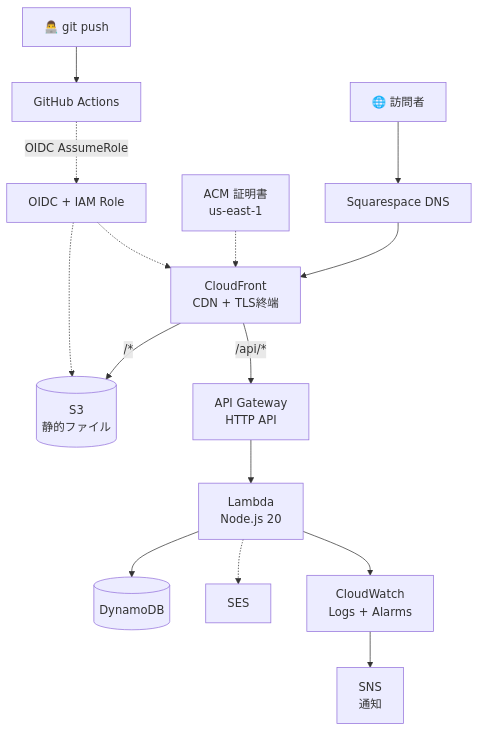
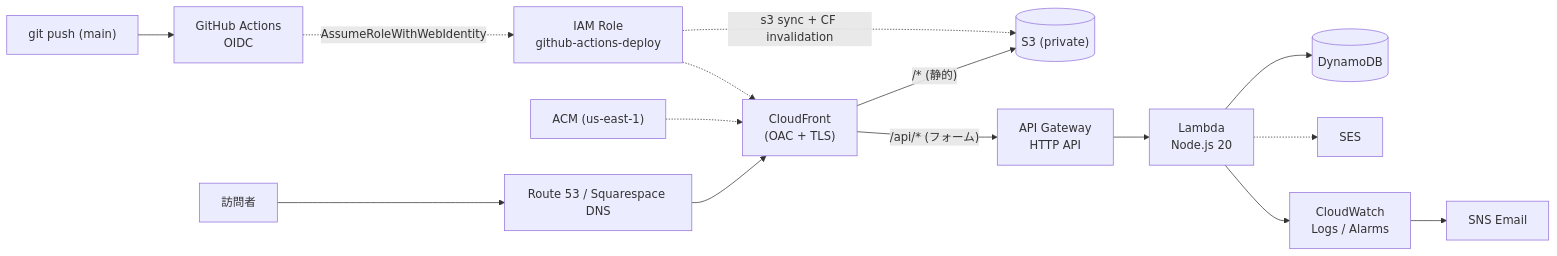
One commit to iigtn/iigtn-platform changed the diagram in README.md. Above: the diagram before and after it, drawn with Mermaid. The commit also changed other lines of this file, not shown here.

````diff
--- a/README.md
+++ b/README.md
@@ -30,34 +41,30 @@
 ```mermaid
-flowchart TD
-    User["🌐 訪問者"]
-    DNS["Squarespace DNS"]
-    ACM["ACM 証明書<br/>us-east-1"]
-    CF["CloudFront<br/>CDN + TLS終端"]
-    S3[("S3<br/>静的ファイル")]
+flowchart LR
+    User["訪問者"]
+    DNS["Route 53 / Squarespace DNS"]
+    ACM["ACM (us-east-1)"]
+    CF["CloudFront<br/>(OAC + TLS)"]
+    S3[("S3 (private)")]
     APIGW["API Gateway<br/>HTTP API"]
     Lambda["Lambda<br/>Node.js 20"]
     DDB[("DynamoDB")]
     SES["SES"]
-    CW["CloudWatch<br/>Logs + Alarms"]
-    SNS["SNS<br/>通知"]
+    CW["CloudWatch<br/>Logs / Alarms"]
+    SNS["SNS Email"]
 
-    Dev["👨‍💻 git push"]
-    GHA["GitHub Actions"]
-    OIDC["OIDC + IAM Role"]
+    Dev["git push (main)"]
+    GHA["GitHub Actions<br/>OIDC"]
+    Role["IAM Role<br/>github-actions-deploy"]
 
-    User --> DNS
-    DNS --> CF
+    User --> DNS --> CF
     ACM -.-> CF
-    CF -->|"/*"| S3
-    CF -->|"/api/*"| APIGW
-    APIGW --> Lambda
+    CF -->|"/* (静的)"| S3
+    CF -->|"/api/* (フォーム)"| APIGW --> Lambda
     Lambda --> DDB
     Lambda -.-> SES
-    Lambda --> CW
-    CW --> SNS
+    Lambda --> CW --> SNS
 
-    Dev --> GHA
-    GHA -.->|"OIDC AssumeRole"| OIDC
-    OIDC -.-> S3
-    OIDC -.-> CF
+    Dev --> GHA -.->|AssumeRoleWithWebIdentity| Role
+    Role -.->|s3 sync + CF invalidation| S3
+    Role -.-> CF
 ```
````
